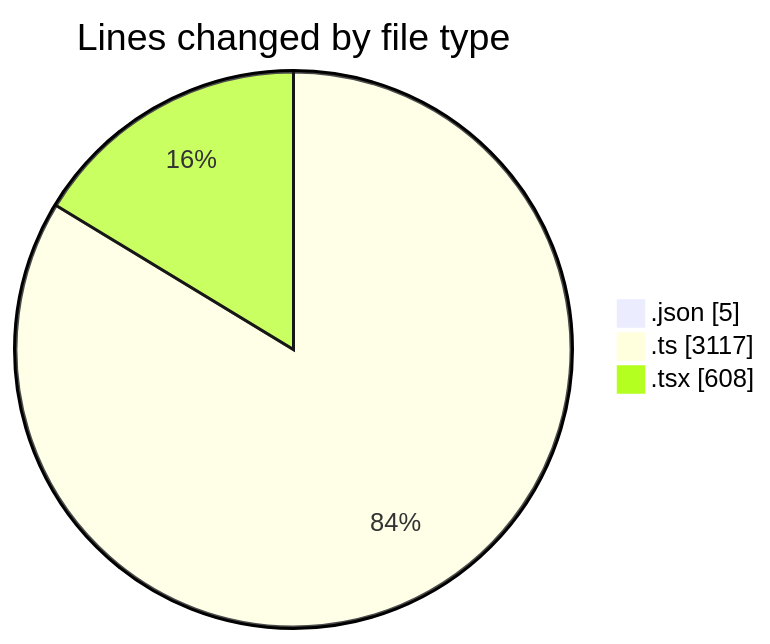
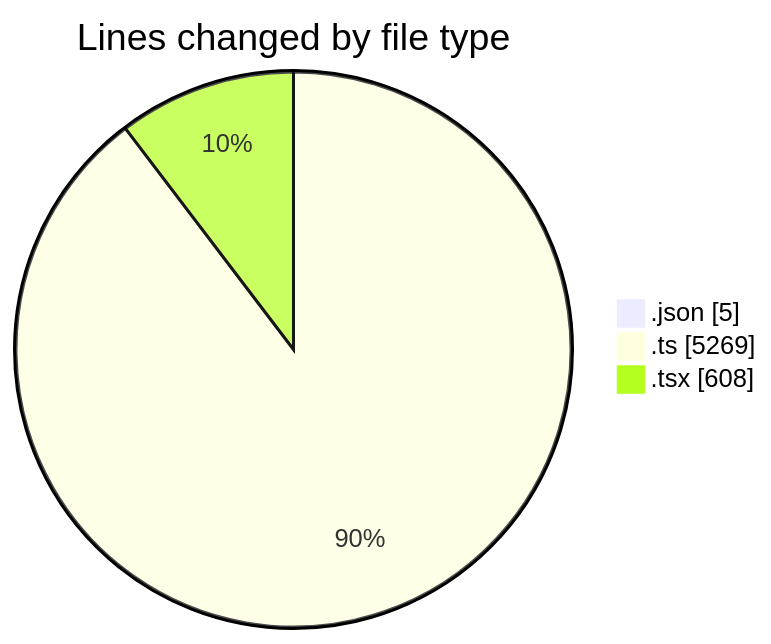
One commit to CELIANVF/code-tracking changed the first of 2 diagrams in 2025-05-09/ecodeli/README.md. Above: the diagram before and after it, drawn with Mermaid. The commit also changed other lines of this file and 1 other file, not shown here.

````diff
--- a/2025-05-09/ecodeli/README.md
+++ b/2025-05-09/ecodeli/README.md
@@ -25,7 +26,7 @@
 ```mermaid
 pie showData
 title Lines changed by file type
 ".json" : 5
-".ts" : 3117
+".ts" : 5269
 ".tsx" : 608
 ```
````
